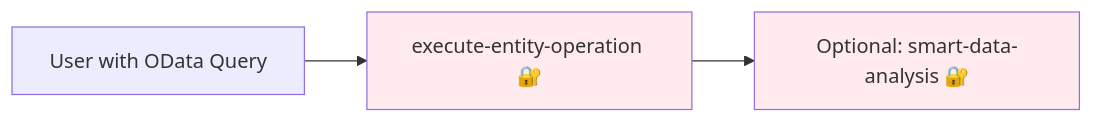
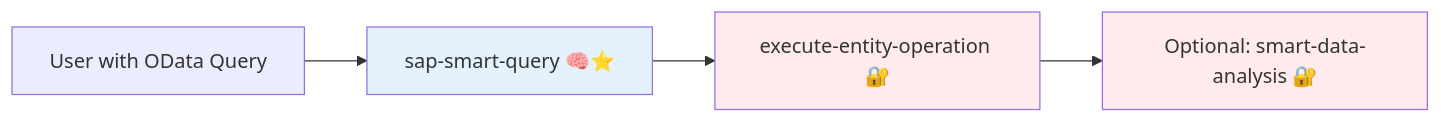
Before and after one commit to Raistlin82/btp-sap-odata-to-mcp-server-optimized: the fifth of 10 diagrams in config/workflow-guide.md, drawn with Mermaid. The commit also changed other lines of this file and 22 other files, not shown here.

````diff
--- a/config/workflow-guide.md
+++ b/config/workflow-guide.md
@@ -109,8 +138,10 @@
 ```mermaid
 graph LR
-    A[User with OData Query] --> B[execute-entity-operation 🔐]
-    B --> C[Optional: smart-data-analysis 🔐]
+    A[User with OData Query] --> B[sap-smart-query 🧠⭐]
+    B --> C[execute-entity-operation 🔐]
+    C --> D[Optional: smart-data-analysis 🔐]
     
-    style B fill:#ffebee
+    style B fill:#e3f2fd
     style C fill:#ffebee
+    style D fill:#ffebee
 ```
````
